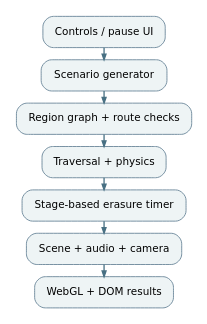
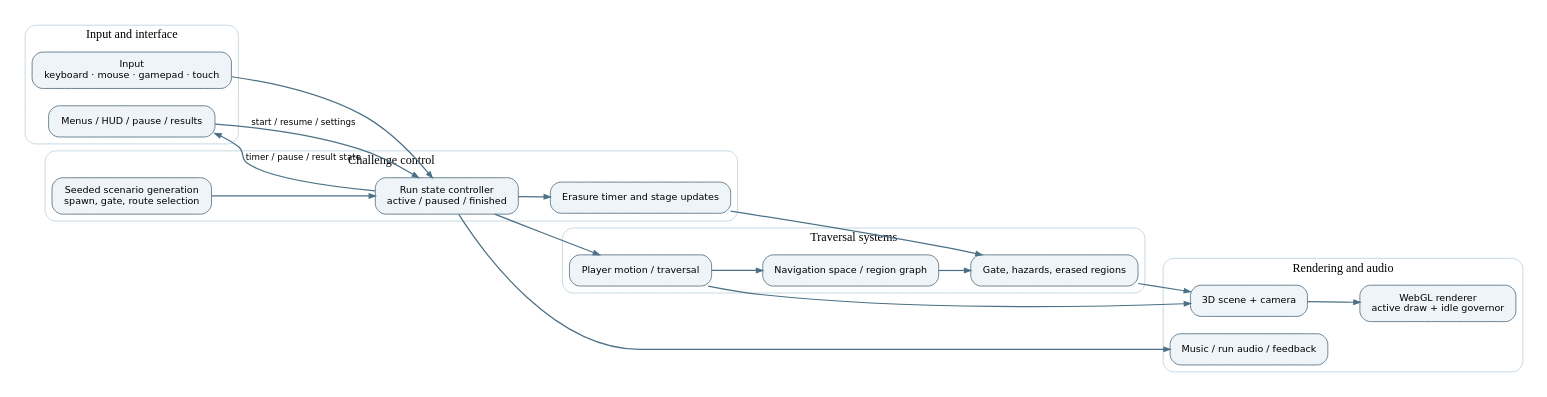
The diagram in docs/ARCHITECTURE.dot (alibaki89/The-Last-Page), drawn with Graphviz before and after one commit. The commit also changed 10 other files, not shown here.

Commit message:
Improve game README, architecture and official itch.io gallery

```diff
--- a/docs/ARCHITECTURE.dot
+++ b/docs/ARCHITECTURE.dot
@@ -1,1 +1,51 @@
-digraph G { rankdir=TB; bgcolor="white"; pad="0.15"; nodesep="0.22"; ranksep="0.20"; node[shape=box,style="rounded,filled",color="#668397",fillcolor="#eef4f5",fontname="DejaVu Sans",fontsize=12,margin="0.20,0.13"]; edge[color="#487083",penwidth=1.5,arrowsize=0.65];n0[label="Controls / pause UI"];n1[label="Scenario generator"];n2[label="Region graph + route checks"];n3[label="Traversal + physics"];n4[label="Stage-based erasure timer"];n5[label="Scene + audio + camera"];n6[label="WebGL + DOM results"];n0->n1;n1->n2;n2->n3;n3->n4;n4->n5;n5->n6;}
+digraph G {
+  rankdir=LR;
+  graph [bgcolor="white", pad="0.18", nodesep="0.28", ranksep="0.5"];
+  node [shape=box, style="rounded,filled", color="#577387", fillcolor="#eef4f7", fontname="DejaVu Sans", fontsize=11, margin="0.18,0.12"];
+  edge [color="#4c7085", penwidth=1.4, arrowsize=0.7, fontname="DejaVu Sans", fontsize=10];
+
+  subgraph cluster_ui {
+    label="Input and interface"; color="#bfd3de"; style="rounded";
+    input [label="Input
+keyboard · mouse · gamepad · touch"];
+    ui [label="Menus / HUD / pause / results"];
+  }
+
+  subgraph cluster_challenge {
+    label="Challenge control"; color="#bfd3de"; style="rounded";
+    seed [label="Seeded scenario generation
+spawn, gate, route selection"];
+    run [label="Run state controller
+active / paused / finished"];
+    erasure [label="Erasure timer and stage updates"];
+  }
+
+  subgraph cluster_world {
+    label="Traversal systems"; color="#bfd3de"; style="rounded";
+    player [label="Player motion / traversal"];
+    route [label="Navigation space / region graph"];
+    hazards [label="Gate, hazards, erased regions"];
+  }
+
+  subgraph cluster_render {
+    label="Rendering and audio"; color="#bfd3de"; style="rounded";
+    scene [label="3D scene + camera"];
+    render [label="WebGL renderer
+active draw + idle governor"];
+    audio [label="Music / run audio / feedback"];
+  }
+
+  input -> run;
+  ui -> run [label="start / resume / settings"];
+  seed -> run;
+  run -> erasure;
+  run -> player;
+  erasure -> hazards;
+  player -> route;
+  route -> hazards;
+  player -> scene;
+  hazards -> scene;
+  scene -> render;
+  run -> audio;
+  run -> ui [label="timer / pause / result state"];
+}
```
